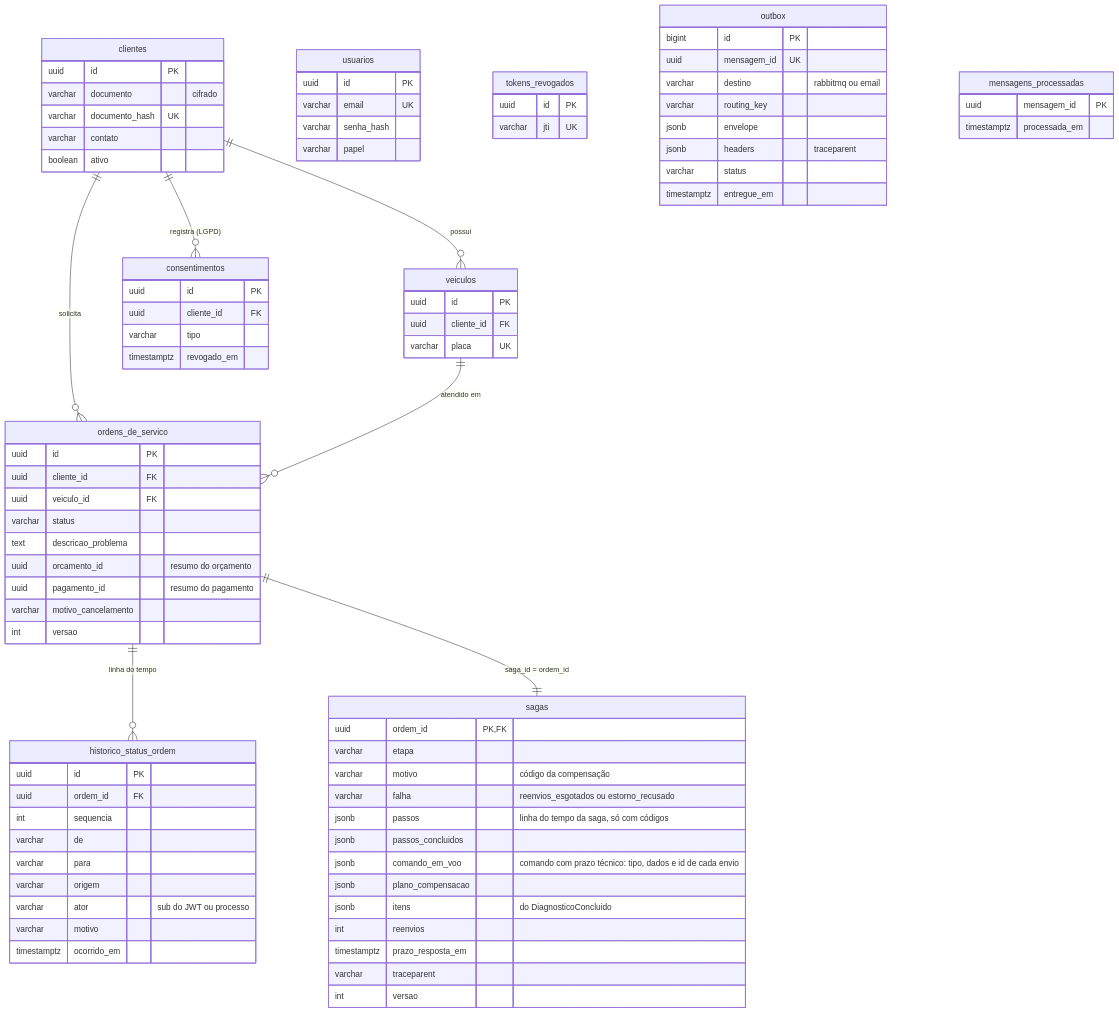
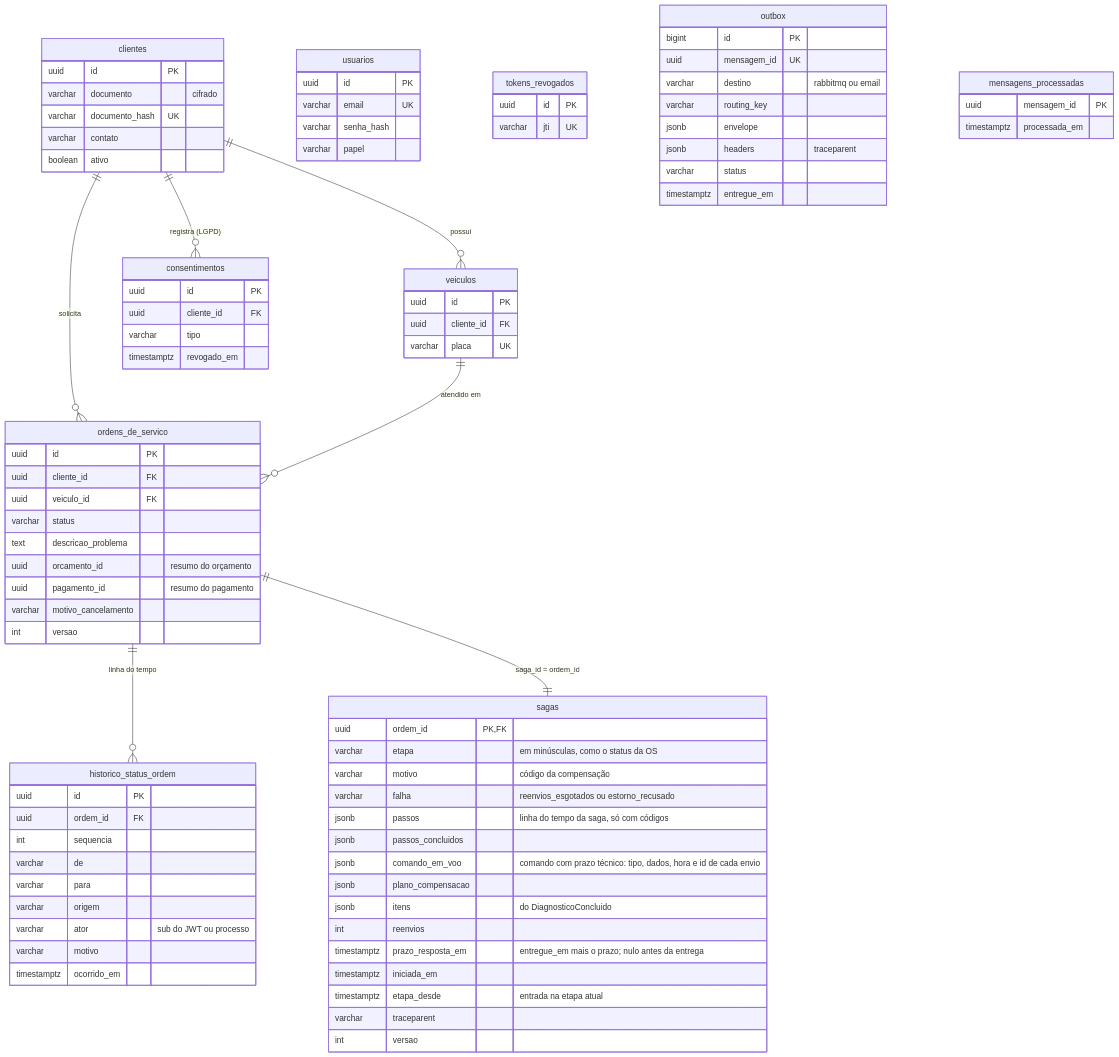
Before and after one commit to fiap-postech-sw-architecture/postech-sw-arch-p4-platform: the tenth of 13 diagrams in docs/arquitetura/rfc/fase4/rfc-004-microsservicos-saga.md, drawn with Mermaid. The commit also changed other lines of this file and 1 other file, not shown here.

First line of the commit message:
docs: prazo da saga a partir da entrega e ids de cada envio

```diff
--- a/docs/arquitetura/rfc/fase4/rfc-004-microsservicos-saga.md
+++ b/docs/arquitetura/rfc/fase4/rfc-004-microsservicos-saga.md
@@ -844,16 +844,18 @@
     }
     sagas {
         uuid ordem_id PK, FK
-        varchar etapa
+        varchar etapa "em minúsculas, como o status da OS"
         varchar motivo "código da compensação"
         varchar falha "reenvios_esgotados ou estorno_recusado"
         jsonb passos "linha do tempo da saga, só com códigos"
         jsonb passos_concluidos
-        jsonb comando_em_voo "comando com prazo técnico: tipo, dados e id de cada envio"
+        jsonb comando_em_voo "comando com prazo técnico: tipo, dados, hora e id de cada envio"
         jsonb plano_compensacao
         jsonb itens "do DiagnosticoConcluido"
         int reenvios
-        timestamptz prazo_resposta_em
+        timestamptz prazo_resposta_em "entregue_em mais o prazo; nulo antes da entrega"
+        timestamptz iniciada_em
+        timestamptz etapa_desde "entrada na etapa atual"
         varchar traceparent
         int versao
     }
```
